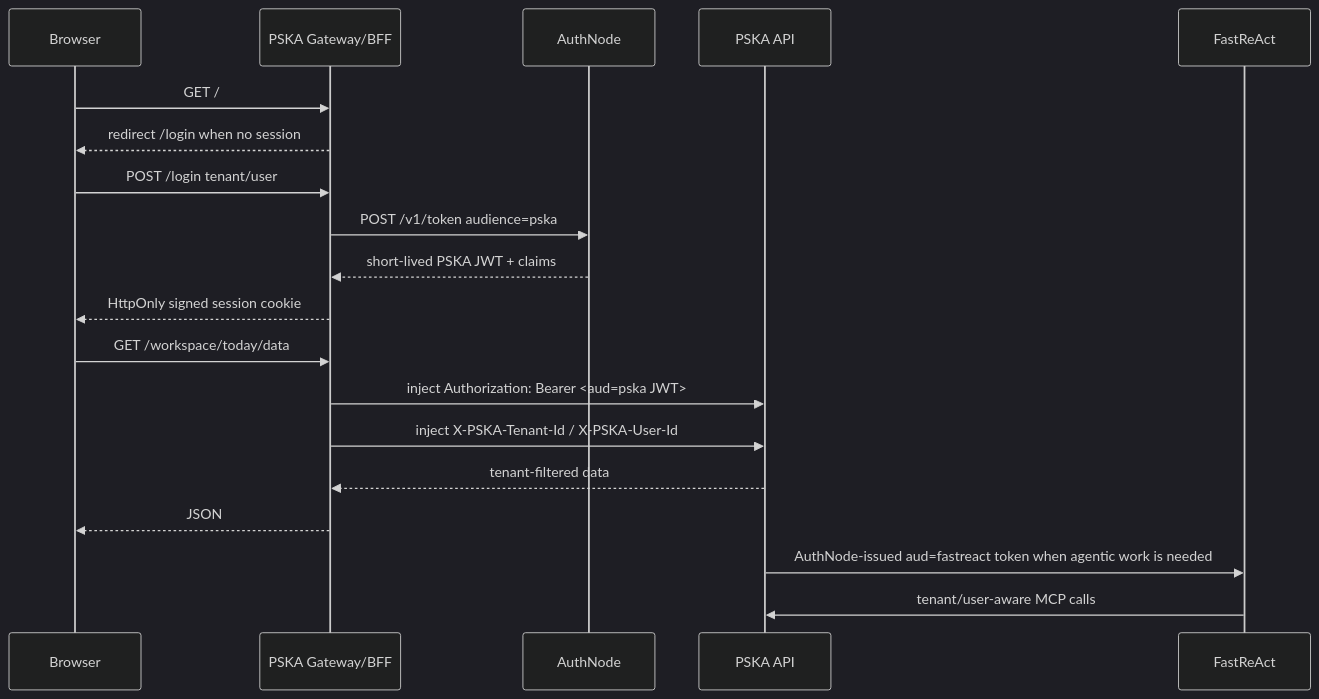
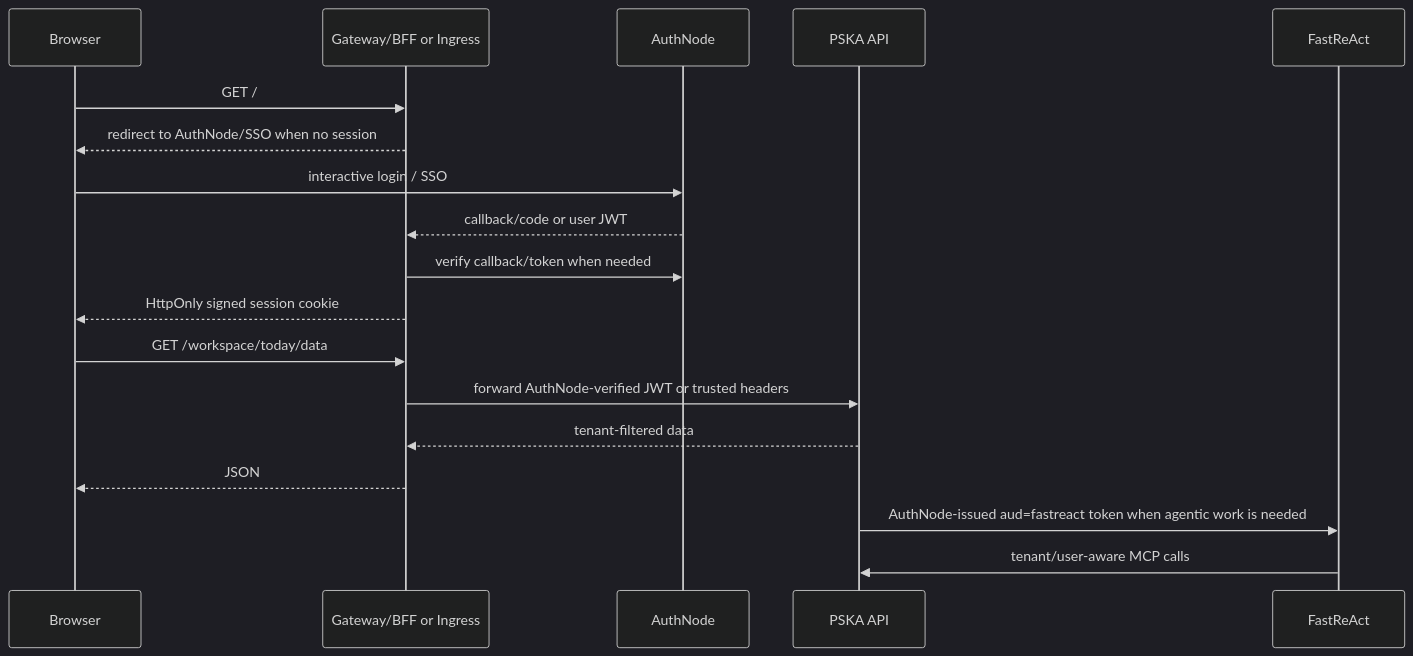
One commit to atom32/PSKA changed the diagram in docs/ENTERPRISE_AUTH_GATEWAY.zh.md. Above: the diagram before and after it, drawn with Mermaid (dark theme). The commit also changed other lines of this file and 4 other files, not shown here.

Commit message:
Clarify gateway auth boundary

````diff
--- a/docs/ENTERPRISE_AUTH_GATEWAY.zh.md
+++ b/docs/ENTERPRISE_AUTH_GATEWAY.zh.md
@@ -11,22 +11,21 @@
 ```mermaid
 sequenceDiagram
   participant Browser as Browser
-  participant Gateway as PSKA Gateway/BFF
+  participant Gateway as Gateway/BFF or Ingress
   participant AuthNode as AuthNode
   participant PSKA as PSKA API
   participant FastReAct as FastReAct
 
   Browser->>Gateway: GET /
-  Gateway-->>Browser: redirect /login when no session
-  Browser->>Gateway: POST /login tenant/user
-  Gateway->>AuthNode: POST /v1/token audience=pska
-  AuthNode-->>Gateway: short-lived PSKA JWT + claims
+  Gateway-->>Browser: redirect to AuthNode/SSO when no session
+  Browser->>AuthNode: interactive login / SSO
+  AuthNode-->>Gateway: callback/code or user JWT
+  Gateway->>AuthNode: verify callback/token when needed
   Gateway-->>Browser: HttpOnly signed session cookie
   Browser->>Gateway: GET /workspace/today/data
-  Gateway->>PSKA: inject Authorization: Bearer <aud=pska JWT>
-  Gateway->>PSKA: inject X-PSKA-Tenant-Id / X-PSKA-User-Id
+  Gateway->>PSKA: forward AuthNode-verified JWT or trusted headers
   PSKA-->>Gateway: tenant-filtered data
   Gateway-->>Browser: JSON
   PSKA->>FastReAct: AuthNode-issued aud=fastreact token when agentic work is needed
   FastReAct->>PSKA: tenant/user-aware MCP calls
 ```
````
